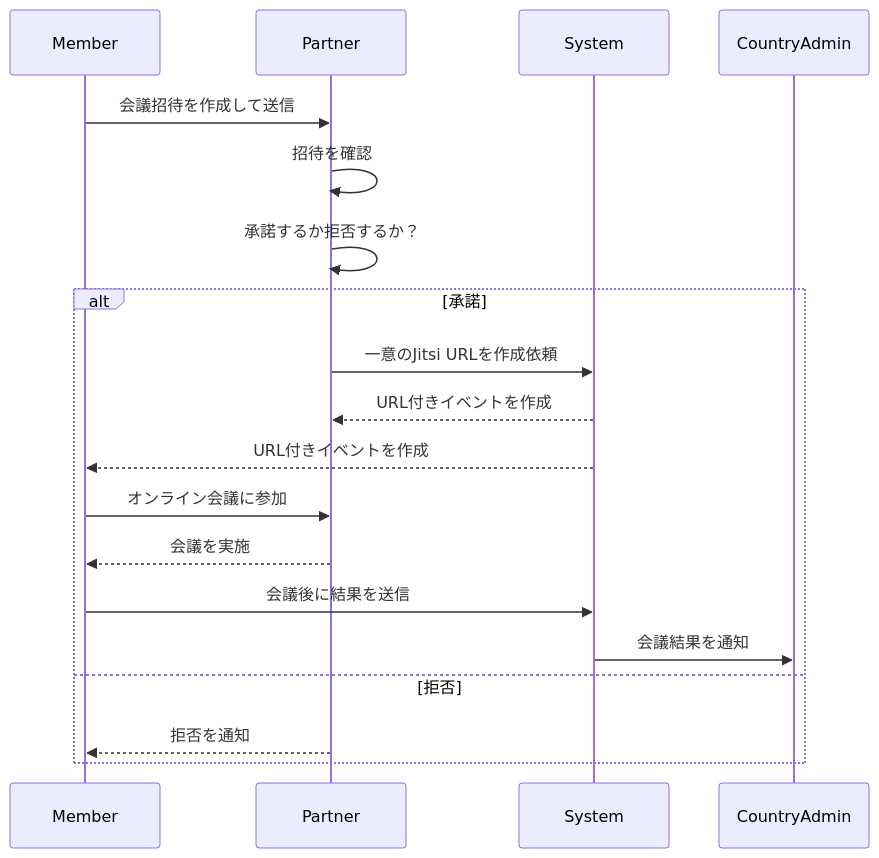
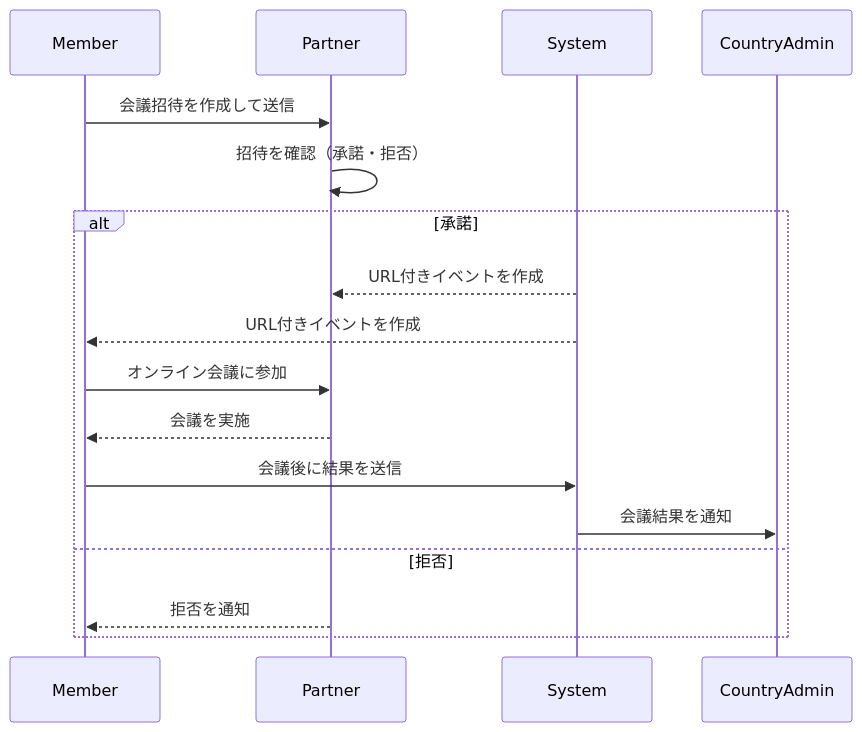
Before and after one commit to yopaz-tuanta/aloha-mermaid: the diagram in meeting_flow_jp.mmd, drawn with Mermaid. The commit also changed 1 other file, not shown here.

```diff
--- a/meeting_flow_jp.mmd
+++ b/meeting_flow_jp.mmd
@@ -1,20 +1,18 @@
 sequenceDiagram
     participant Member
     participant Partner
     participant System
     participant CountryAdmin
 
     Member->>Partner: 会議招待を作成して送信
-    Partner->>Partner: 招待を確認
-    Partner->>Partner: 承諾するか拒否するか？
+    Partner->>Partner: 招待を確認（承諾・拒否）
     alt 承諾
-        Partner->>System: 一意のJitsi URLを作成依頼
         System-->>Partner: URL付きイベントを作成
         System-->>Member: URL付きイベントを作成
         Member->>Partner: オンライン会議に参加
         Partner-->>Member: 会議を実施
         Member->>System: 会議後に結果を送信
         System->>CountryAdmin: 会議結果を通知
     else 拒否
         Partner-->>Member: 拒否を通知
     end
```
